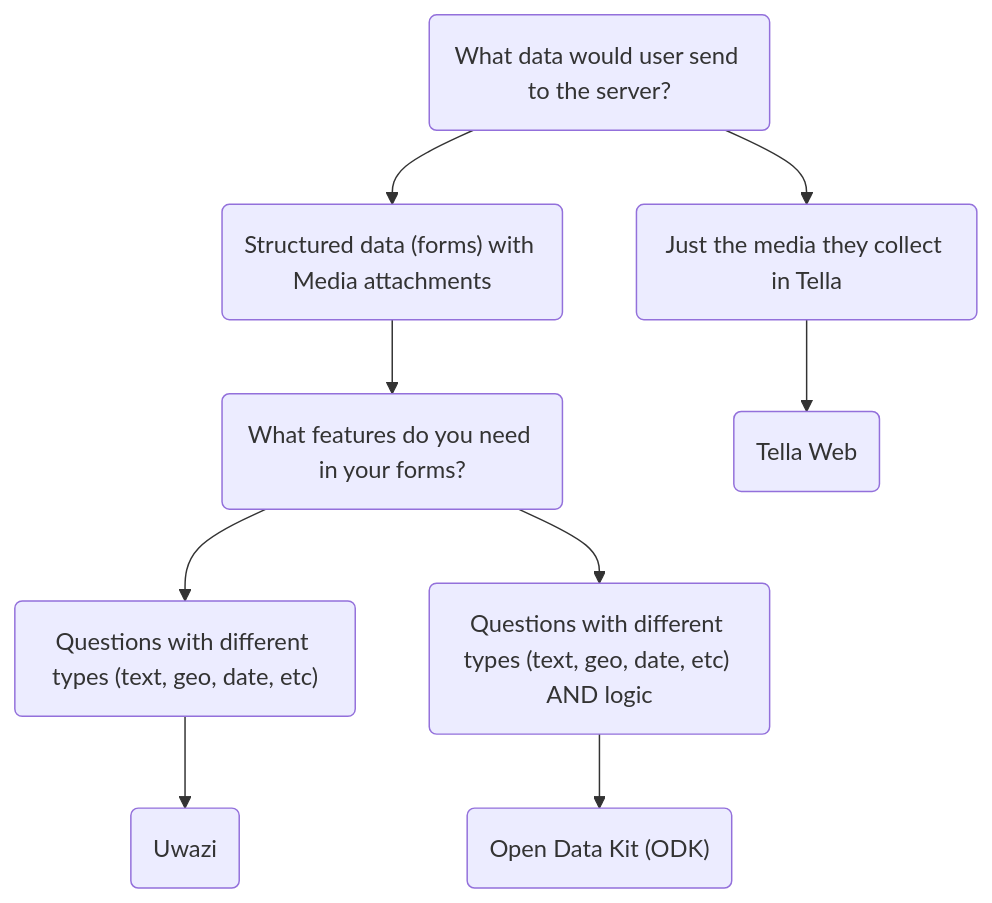
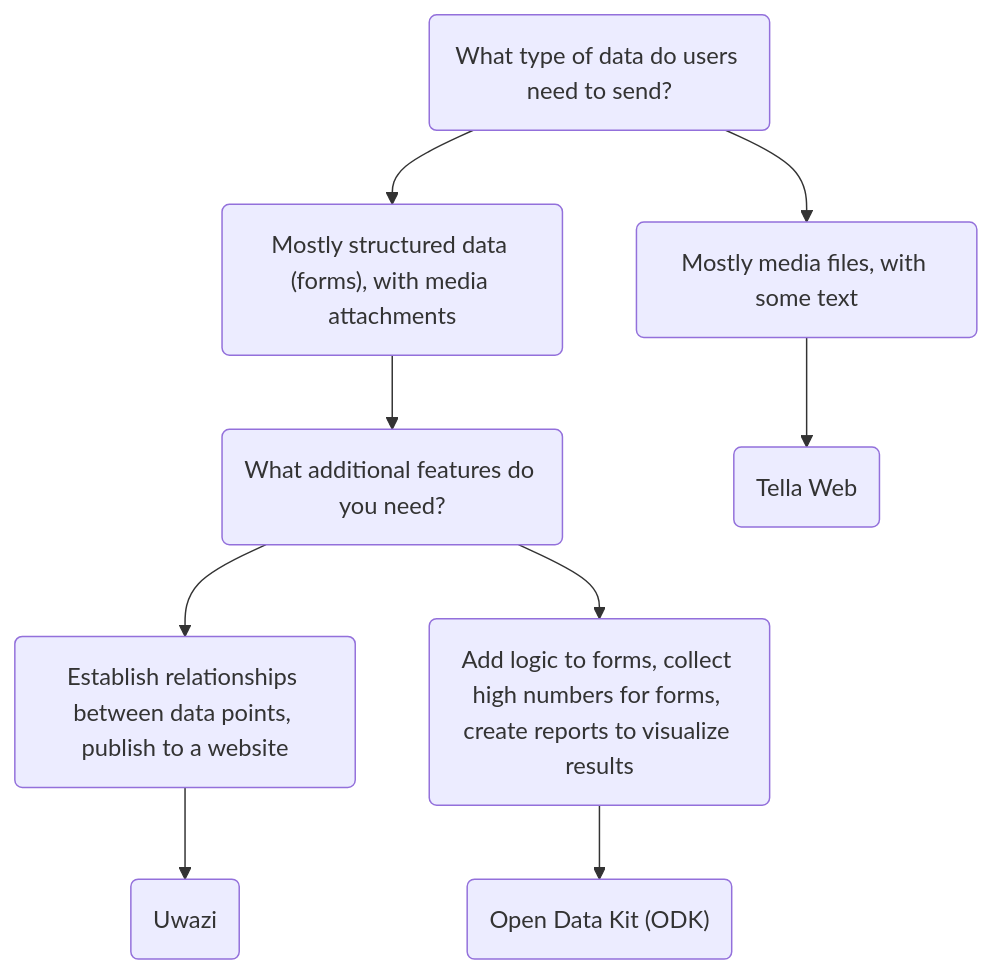
Before and after one commit to Horizontal-org/Tella-website: the diagram in docs/For organizations/overview.md, drawn with Mermaid. The commit also changed other lines of this file and 1 other file, not shown here.

````diff
--- a/docs/For organizations/overview.md
+++ b/docs/For organizations/overview.md
@@ -27,11 +27,11 @@
 ```mermaid
 graph TD;
-    id1(What data would user send to the server?) --> id2("Structured data (forms) with Media attachments");
-    id1 --> id3("Just the media they collect in Tella") ;
-    id2 --> id4("What features do you need in your forms?");
+    id1(What type of data do users need to send?) --> id2("Mostly structured data (forms), with media attachments");
+    id1 --> id3("Mostly media files, with some text") ;
+    id2 --> id4("What additional features do you need?");
     id3 --> id5("Tella Web");
-    id4 --> id6("Questions with different types (text, geo, date, etc)")
-    id4 --> id7("Questions with different types (text, geo, date, etc) AND logic")
+    id4 --> id6("Establish relationships between data points, publish to a website")
+    id4 --> id7("Add logic to forms, collect high numbers for forms, create reports to visualize results")
     id6 --> id8("Uwazi")
     id7 --> id9("Open Data Kit (ODK)")
 ```
````
